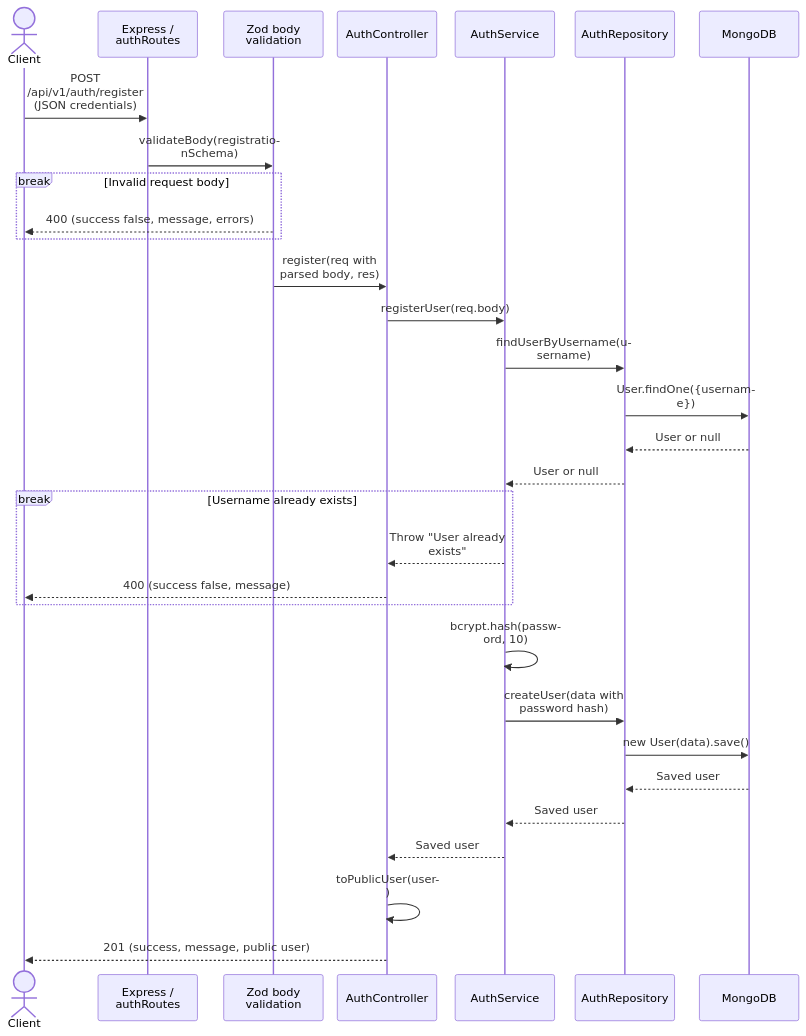
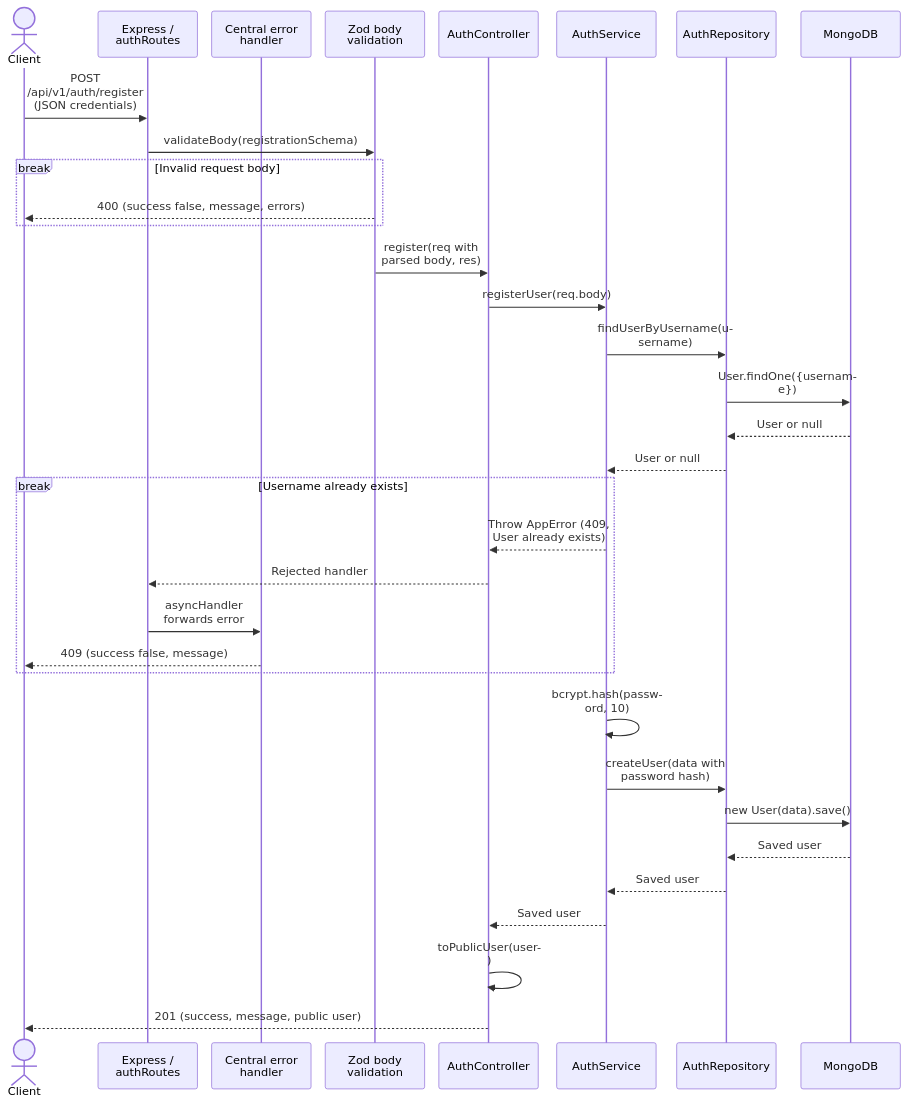
Before and after one commit to amin-newcastle/authMS: the first of 3 diagrams in docs/architecture/authentication-flows.md, drawn with Mermaid. The commit also changed other lines of this file and 18 other files, not shown here.

````diff
--- a/docs/architecture/authentication-flows.md
+++ b/docs/architecture/authentication-flows.md
@@ -30,40 +30,43 @@
 ```mermaid
 ---
 config:
   sequence:
     wrap: true
     actorMargin: 20
     width: 140
 ---
 sequenceDiagram
     actor Client
     participant Routes as Express / authRoutes
+    participant Errors as Central error handler
     participant Validation as Zod body validation
     participant Controller as AuthController
     participant Service as AuthService
     participant Repository as AuthRepository
     participant DB as MongoDB
     Client->>Routes: POST /api/v1/auth/register (JSON credentials)
     Routes->>Validation: validateBody(registrationSchema)
     break Invalid request body
         Validation-->>Client: 400 (success false, message, errors)
     end
     Validation->>Controller: register(req with parsed body, res)
     Controller->>Service: registerUser(req.body)
     Service->>Repository: findUserByUsername(username)
     Repository->>DB: User.findOne({username})
     DB-->>Repository: User or null
     Repository-->>Service: User or null
     break Username already exists
-        Service-->>Controller: Throw "User already exists"
-        Controller-->>Client: 400 (success false, message)
+        Service-->>Controller: Throw AppError (409, User already exists)
+        Controller-->>Routes: Rejected handler
+        Routes->>Errors: asyncHandler forwards error
+        Errors-->>Client: 409 (success false, message)
     end
     Service->>Service: bcrypt.hash(password, 10)
     Service->>Repository: createUser(data with password hash)
     Repository->>DB: new User(data).save()
     DB-->>Repository: Saved user
     Repository-->>Service: Saved user
     Service-->>Controller: Saved user
     Controller->>Controller: toPublicUser(user)
     Controller-->>Client: 201 (success, message, public user)
 ```
````
